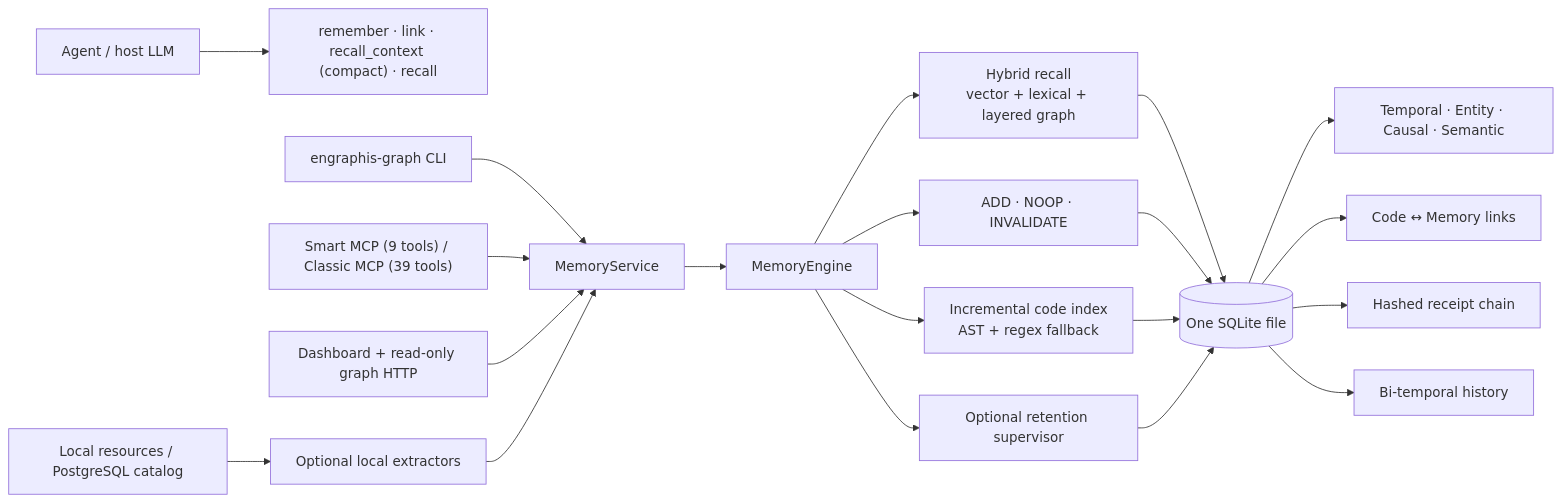
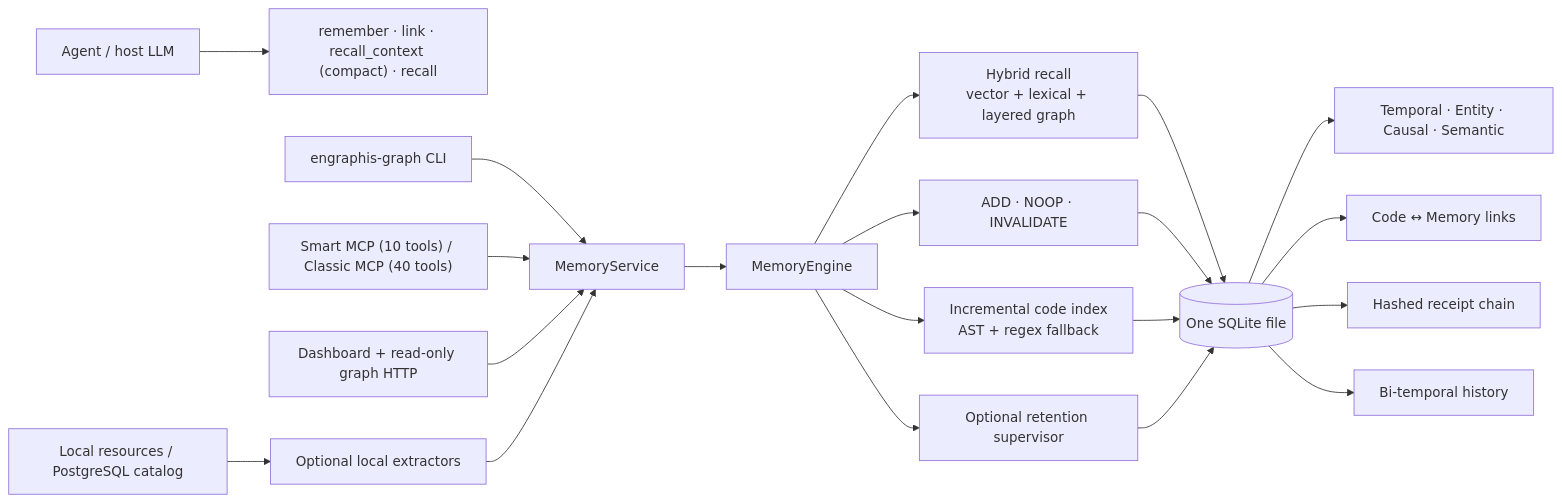
The diagram in EngraphisLatest/docs/ARCHITECTURE_V3.md (LiquidAIty/main), drawn with Mermaid before and after one commit. The commit also changed 535 other files, not shown here.

````diff
--- a/EngraphisLatest/docs/ARCHITECTURE_V3.md
+++ b/EngraphisLatest/docs/ARCHITECTURE_V3.md
@@ -7,25 +7,25 @@
 ```mermaid
 flowchart LR
     Agent["Agent / host LLM"] --> Intent["remember · link · recall_context (compact) · recall"]
     CLI["engraphis-graph CLI"] --> Service["MemoryService"]
-    MCP["Smart MCP (9 tools) / Classic MCP (39 tools)"] --> Service
+    MCP["Smart MCP (10 tools) / Classic MCP (40 tools)"] --> Service
     HTTP["Dashboard + read-only graph HTTP"] --> Service
     Import["Local resources / PostgreSQL catalog"] --> Extractors["Optional local extractors"]
     Extractors --> Service
 
     Service --> Engine["MemoryEngine"]
     Engine --> Recall["Hybrid recall\nvector + lexical + layered graph"]
     Engine --> Resolver["ADD · NOOP · INVALIDATE"]
     Engine --> Code["Incremental code index\nAST + regex fallback"]
     Engine --> Retention["Optional retention supervisor"]
 
     Recall --> SQLite[("One SQLite file")]
     Resolver --> SQLite
     Code --> SQLite
     Retention --> SQLite
 
     SQLite --> Layers["Temporal · Entity · Causal · Semantic"]
     SQLite --> Bridge["Code ↔ Memory links"]
     SQLite --> Receipts["Hashed receipt chain"]
     SQLite --> History["Bi-temporal history"]
 ```
````
